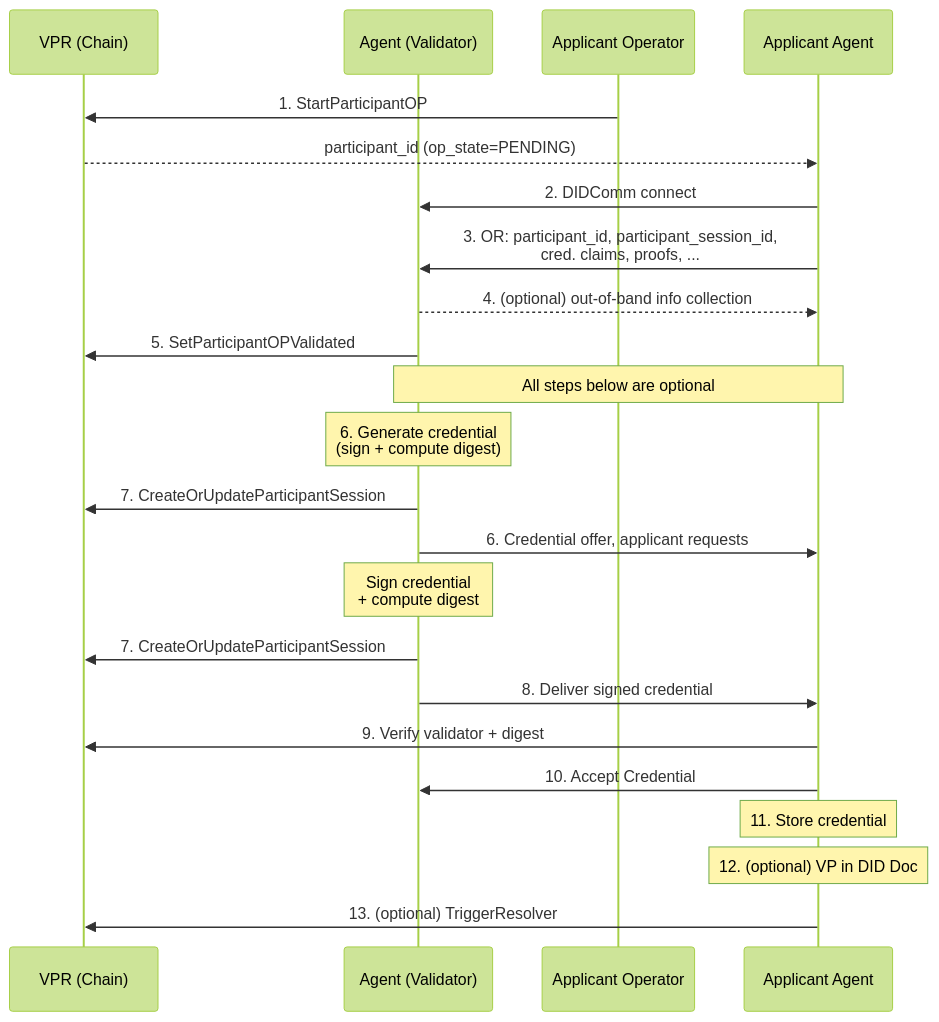
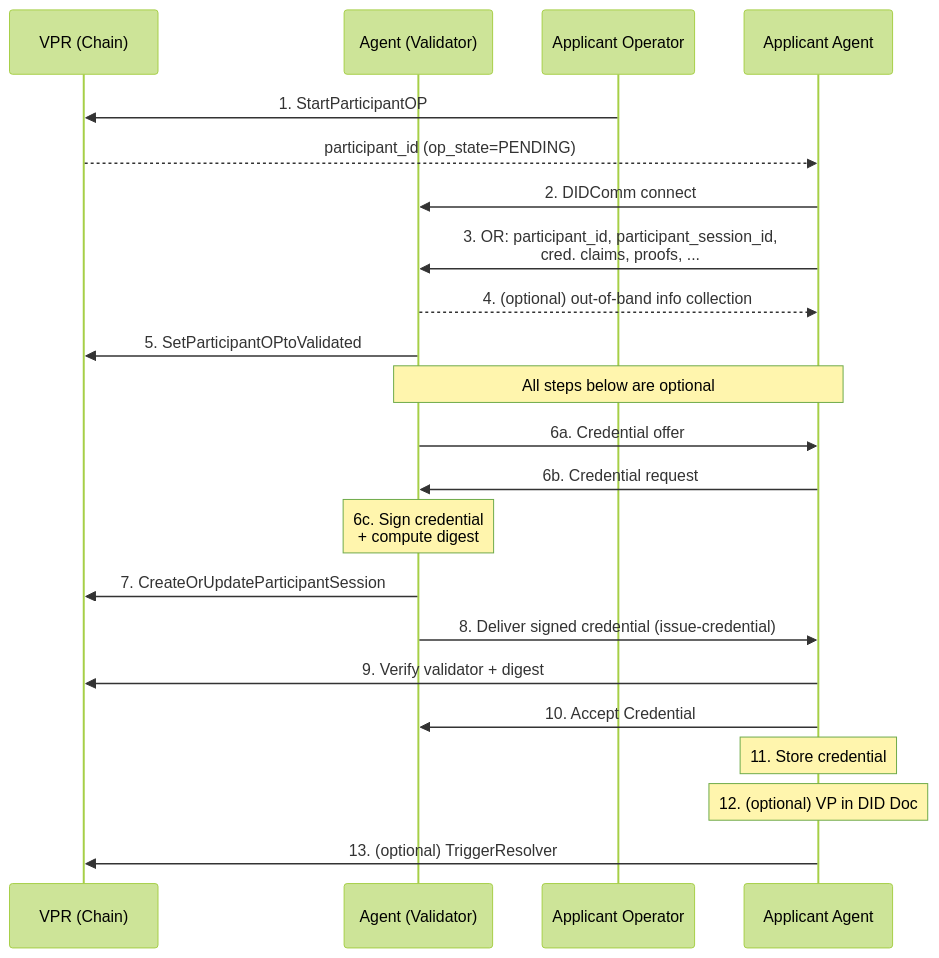
The fourth of 9 diagrams in v4/vs-agent/spec.md (verana-labs/verana-spec), drawn with Mermaid (forest theme) before and after one commit. The commit also changed other lines of this file and 2 other files, not shown here.

````diff
--- a/v4/vs-agent/spec.md
+++ b/v4/vs-agent/spec.md
@@ -396,27 +396,26 @@
 ```mermaid
 sequenceDiagram
 
     participant VPR as VPR (Chain)
     participant Validator as Agent (Validator)
 
     Applicant Operator->>VPR: 1. StartParticipantOP
     VPR-->>Applicant Agent: participant_id (op_state=PENDING)
     Applicant Agent->>Validator: 2. DIDComm connect
     Applicant Agent->>Validator: 3. OR: participant_id, participant_session_id,<br/>cred. claims, proofs, ...
     Validator-->>Applicant Agent: 4. (optional) out-of-band info collection
-    Validator->>VPR: 5. SetParticipantOPValidated
+    Validator->>VPR: 5. SetParticipantOPtoValidated
 
     Note over Applicant Agent,Validator: All steps below are optional
 
-    Note over Validator: 6. Generate credential<br/>(sign + compute digest)
+    Validator->>Applicant Agent: 6a. Credential offer
+    Applicant Agent->>Validator: 6b. Credential request
+    Note over Validator: 6c. Sign credential<br/>+ compute digest
     Validator->>VPR: 7. CreateOrUpdateParticipantSession
-    Validator->>Applicant Agent: 6. Credential offer, applicant requests
-    Note over Validator: Sign credential<br/>+ compute digest
-    Validator->>VPR: 7. CreateOrUpdateParticipantSession
-    Validator->>Applicant Agent: 8. Deliver signed credential
+    Validator->>Applicant Agent: 8. Deliver signed credential (issue-credential)
     Applicant Agent->>VPR: 9. Verify validator + digest
     Applicant Agent->>Validator: 10. Accept Credential
     Note over Applicant Agent: 11. Store credential
     Note over Applicant Agent: 12. (optional) VP in DID Doc
     Applicant Agent->>VPR: 13. (optional) TriggerResolver
 ```
````
